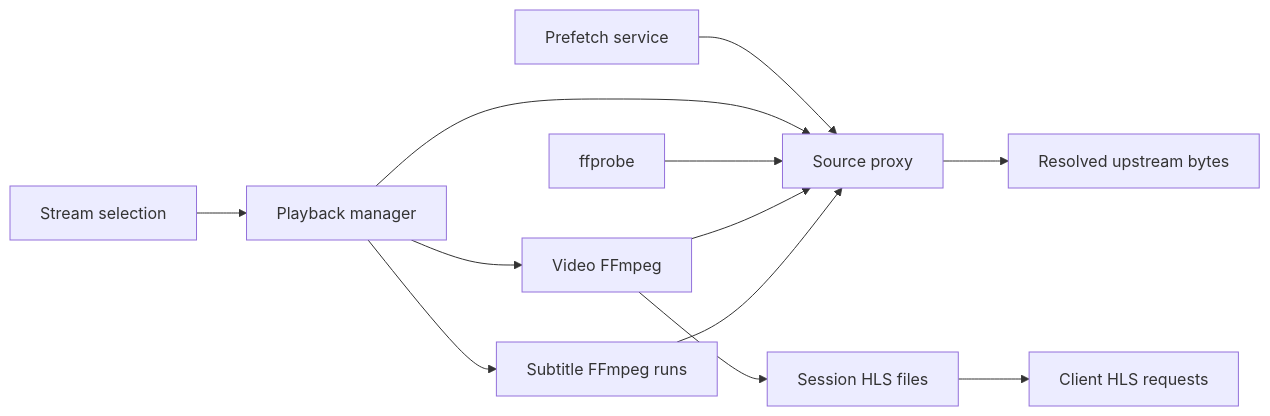
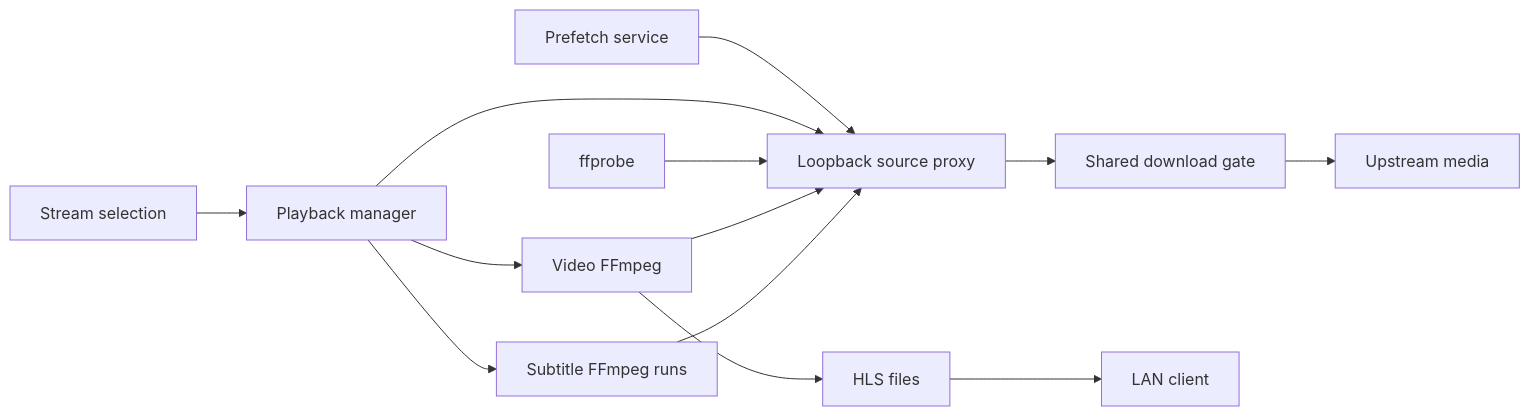
Before and after one commit to VeroxAUS/homestream: the diagram in droid-wiki/systems/index.md, drawn with Mermaid. The commit also changed other lines of this file and 48 other files, not shown here.

````diff
--- a/droid-wiki/systems/index.md
+++ b/droid-wiki/systems/index.md
@@ -17,14 +20,15 @@
 ```mermaid
 flowchart LR
-    Streams[Stream selection] --> Playback[Playback manager]
-    Prefetch[Prefetch service] --> Proxy[Source proxy]
-    Playback --> Proxy
+    Selection[Stream selection] --> Manager[Playback manager]
+    Prefetch[Prefetch service] --> Proxy[Loopback source proxy]
+    Manager --> Proxy
+    Manager --> Encoder[Video FFmpeg]
+    Manager --> Subs[Subtitle FFmpeg runs]
     Probe[ffprobe] --> Proxy
-    Encoder[Video FFmpeg] --> Proxy
-    Subs[Subtitle FFmpeg runs] --> Proxy
-    Playback --> Encoder
-    Playback --> Subs
-    Encoder --> Disk[Session HLS files]
-    Disk --> Client[Client HLS requests]
-    Proxy --> Remote[Resolved upstream bytes]
+    Encoder --> Proxy
+    Subs --> Proxy
+    Proxy --> Gate[Shared download gate]
+    Gate --> Upstream[Upstream media]
+    Encoder --> Files[HLS files]
+    Files --> Client[LAN client]
 ```
````
